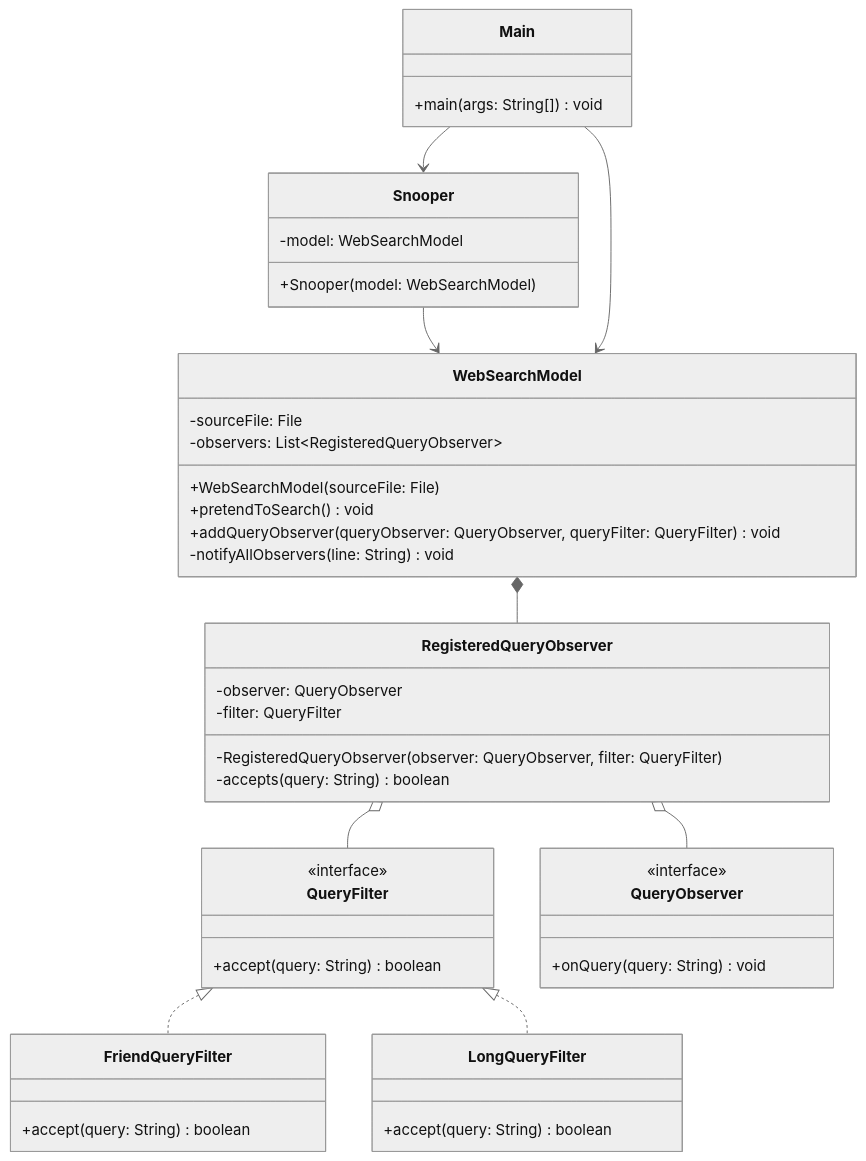
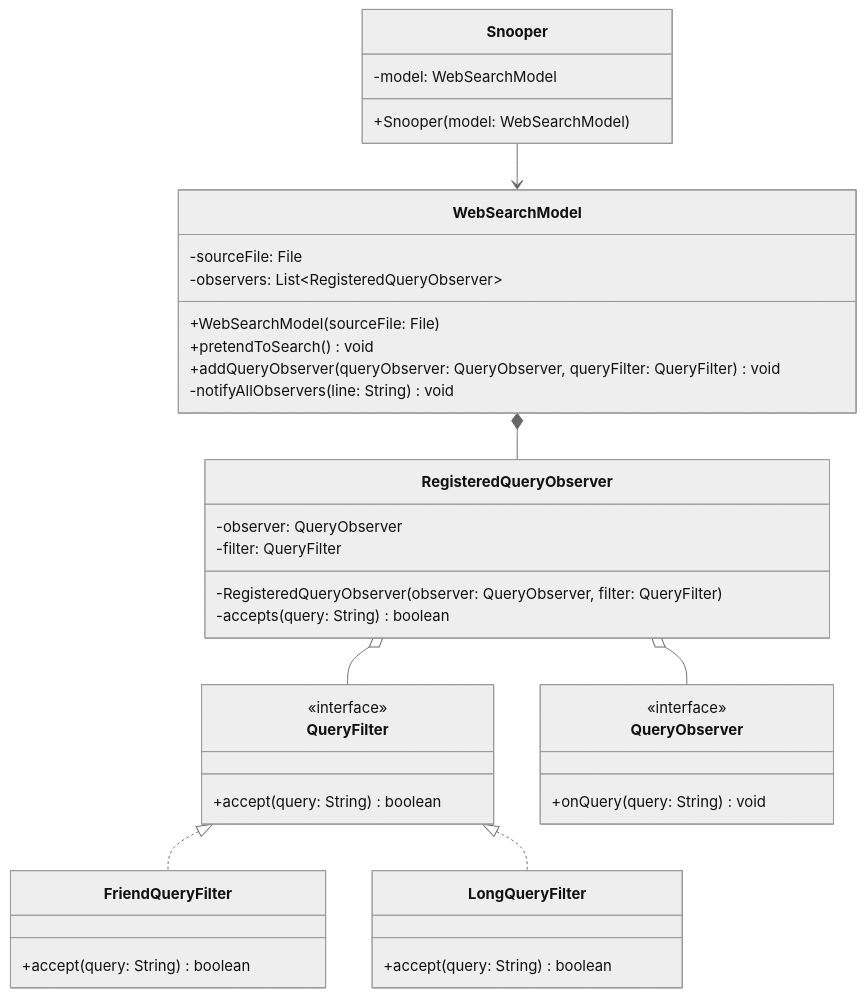
The diagram in README.md (Caioxlw/questao1-lista1-padroes-de-projeto-oo), drawn with Mermaid (neutral theme) before and after one commit.

Commit message:
removendo a main do diagrama

````diff
--- a/README.md
+++ b/README.md
@@ -21,50 +21,45 @@
 ```mermaid
 classDiagram
     class QueryFilter {
         <<interface>>
         +accept(query: String) boolean
     }
     class FriendQueryFilter {
         +accept(query: String) boolean
     }
     class LongQueryFilter {
         +accept(query: String) boolean
     }
     class WebSearchModel {
         -sourceFile: File
         -observers: List~RegisteredQueryObserver~
         +WebSearchModel(sourceFile: File)
         +pretendToSearch() void
         +addQueryObserver(queryObserver: QueryObserver, queryFilter: QueryFilter) void
         -notifyAllObservers(line: String) void
     }
     class QueryObserver {
         <<interface>>
         +onQuery(query: String) void
     }
     class RegisteredQueryObserver {
         -observer: QueryObserver
         -filter: QueryFilter
         -RegisteredQueryObserver(observer: QueryObserver, filter: QueryFilter)
         -accepts(query: String) boolean
     }
     class Snooper {
         -model: WebSearchModel
         +Snooper(model: WebSearchModel)
     }
-    class Main {
-        +main(args: String[]) void
-    }
 
     QueryFilter <|.. FriendQueryFilter
     QueryFilter <|.. LongQueryFilter
     
     WebSearchModel *-- RegisteredQueryObserver
     
     RegisteredQueryObserver o-- QueryObserver
     RegisteredQueryObserver o-- QueryFilter
     
     Snooper --> WebSearchModel
-    Main --> WebSearchModel
-    Main --> Snooper
 ```
````
